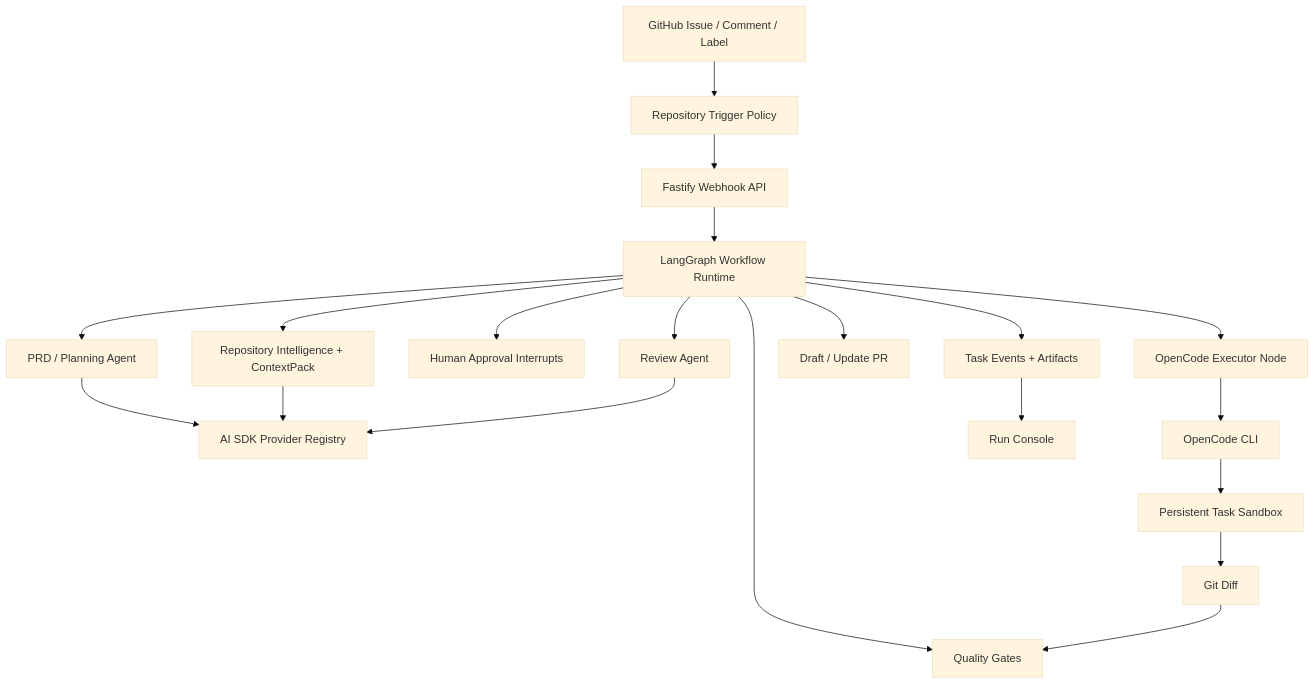
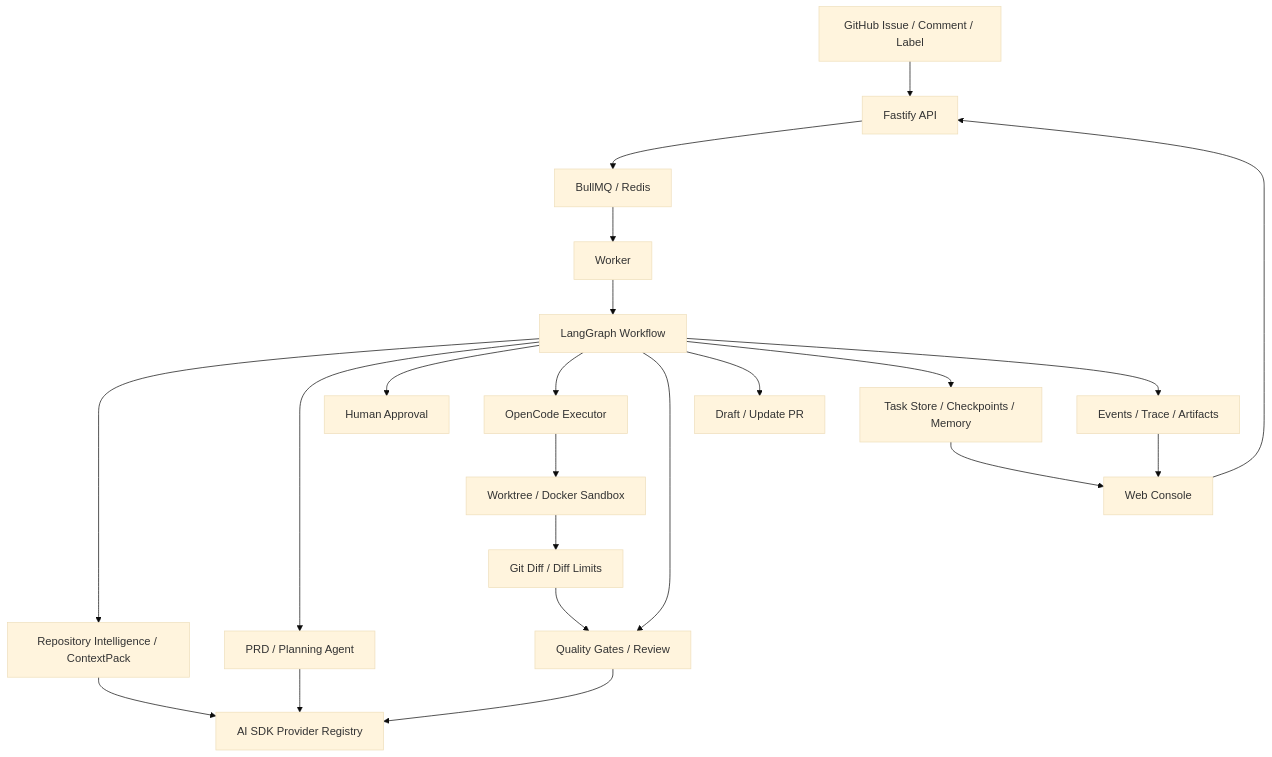
One commit to JASON-QWeb/CodeZero changed the diagram in README.en.md. Above: the diagram before and after it, drawn with Mermaid (base theme). The commit also changed other lines of this file and 53 other files, not shown here.

````diff
--- a/README.en.md
+++ b/README.en.md
@@ -139,22 +58,28 @@
 ```mermaid
 flowchart TD
-  GH["GitHub Issue / Comment / Label"] --> TP["Repository Trigger Policy"]
-  TP --> API["Fastify Webhook API"]
-  API --> LG["LangGraph Workflow Runtime"]
-  LG --> CTX["Repository Intelligence + ContextPack"]
-  LG --> PRD["PRD / Planning Agent"]
-  LG --> HITL["Human Approval Interrupts"]
-  LG --> EXEC["OpenCode Executor Node"]
-  LG --> QA["Quality Gates"]
-  LG --> REV["Review Agent"]
-  LG --> PR["Draft / Update PR"]
-  PRD --> SDK["AI SDK Provider Registry"]
+  GH["GitHub Issue / Comment / Label"] --> API["Fastify API"]
+  UI["Web Console"] --> API
+  API --> Q["BullMQ / Redis"]
+  Q --> W["Worker"]
+  W --> LG["LangGraph Workflow"]
+
+  LG --> CTX["Repository Intelligence / ContextPack"]
+  LG --> PLAN["PRD / Planning Agent"]
+  LG --> HITL["Human Approval"]
+  LG --> EXEC["OpenCode Executor"]
+  LG --> QA["Quality Gates / Review"]
+  LG --> PUB["Draft / Update PR"]
+
+  PLAN --> SDK["AI SDK Provider Registry"]
   CTX --> SDK
-  REV --> SDK
-  EXEC --> OC["OpenCode CLI"]
-  OC --> SB["Persistent Task Sandbox"]
-  SB --> DIFF["Git Diff"]
+  QA --> SDK
+
+  EXEC --> SB["Worktree / Docker Sandbox"]
+  SB --> DIFF["Git Diff / Diff Limits"]
   DIFF --> QA
-  LG --> EVENTS["Task Events + Artifacts"]
-  EVENTS --> UI["Run Console"]
+
+  LG --> STORE["Task Store / Checkpoints / Memory"]
+  LG --> EVENTS["Events / Trace / Artifacts"]
+  STORE --> UI
+  EVENTS --> UI
 ```
````
